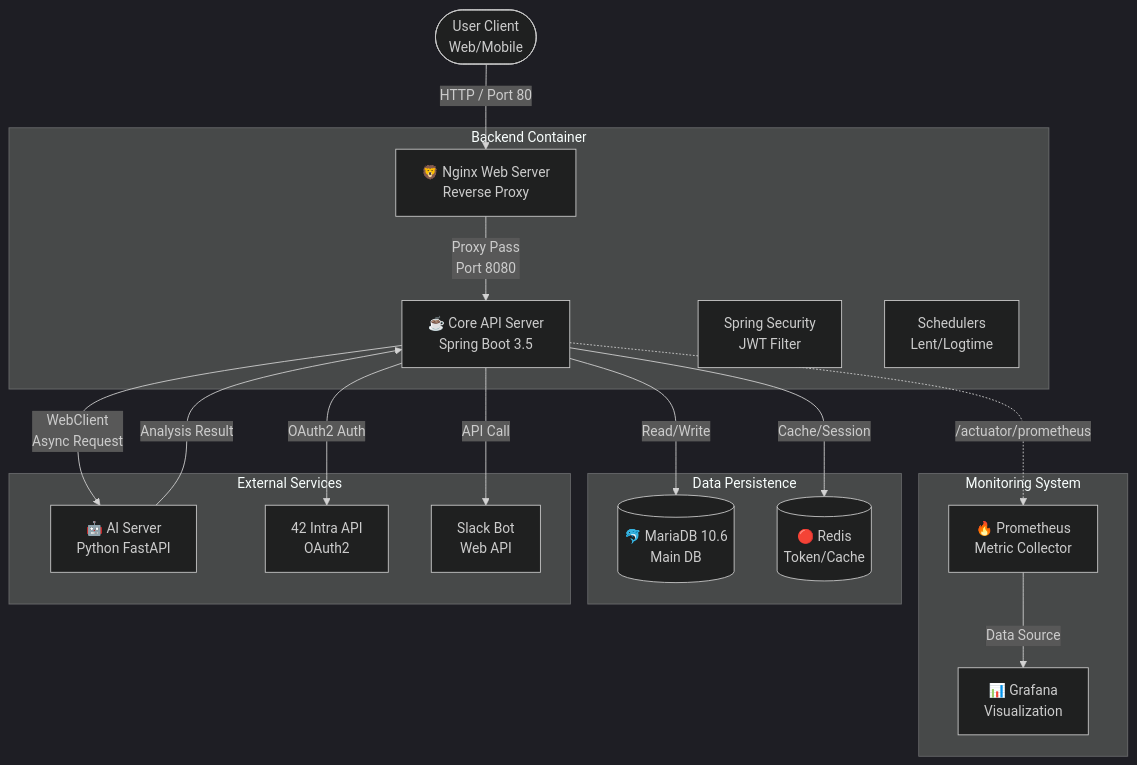
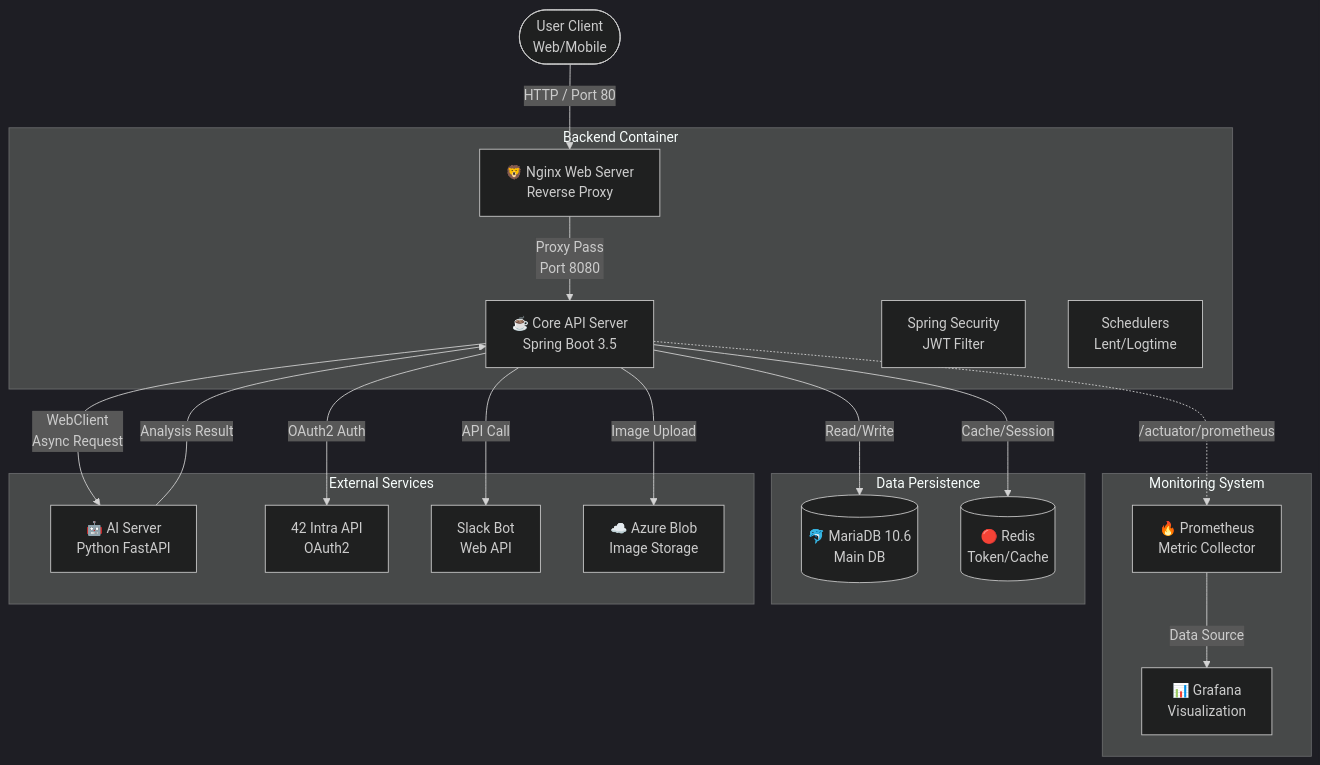
The first of 8 diagrams in backend/README.md (farmer0010/ft_transcendence), drawn with Mermaid (dark theme) before and after one commit. The commit also changed other lines of this file, not shown here.

Commit message:
Docs: Update README Diagrams (Architecture, UserFlow, Sequence)

````diff
--- a/backend/README.md
+++ b/backend/README.md
@@ -14,42 +14,44 @@
 ```mermaid
 graph TD
     %% 클라이언트 및 진입점
     Client(["User Client<br>Web/Mobile"]) -->|HTTP / Port 80| Nginx["🦁 Nginx Web Server<br>Reverse Proxy"]
     
     %% 백엔드 영역
     subgraph "Backend Container"
         Nginx -->|"Proxy Pass<br>Port 8080"| SpringBoot["☕ Core API Server<br>Spring Boot 3.5"]
         Security["Spring Security<br>JWT Filter"]
         Scheduler["Schedulers<br>Lent/Logtime"]
     end
 
     %% 모니터링 영역 (New)
     subgraph "Monitoring System"
         Prometheus["🔥 Prometheus<br>Metric Collector"]
         Grafana["📊 Grafana<br>Visualization"]
         
         SpringBoot -.->|"/actuator/prometheus"| Prometheus
         Prometheus -->|"Data Source"| Grafana
     end
 
     %% 데이터 영역
     subgraph "Data Persistence"
         MariaDB[("🐬 MariaDB 10.6<br>Main DB")]
         Redis[("🔴 Redis<br>Token/Cache")]
     end
 
     %% 외부 서비스
     subgraph "External Services"
         AI_Server["🤖 AI Server<br>Python FastAPI"]
         Intra_API["42 Intra API<br>OAuth2"]
         Slack["Slack Bot<br>Web API"]
+        Azure_Blob["☁️ Azure Blob<br>Image Storage"]
     end
 
     %% 연결 관계
     SpringBoot -->|Read/Write| MariaDB
     SpringBoot -->|Cache/Session| Redis
     SpringBoot -->|"WebClient<br>Async Request"| AI_Server
     AI_Server -->|"Analysis Result"| SpringBoot
     SpringBoot -->|"OAuth2 Auth"| Intra_API
     SpringBoot -->|API Call| Slack
+    SpringBoot -->|"Image Upload"| Azure_Blob
 ```
````
